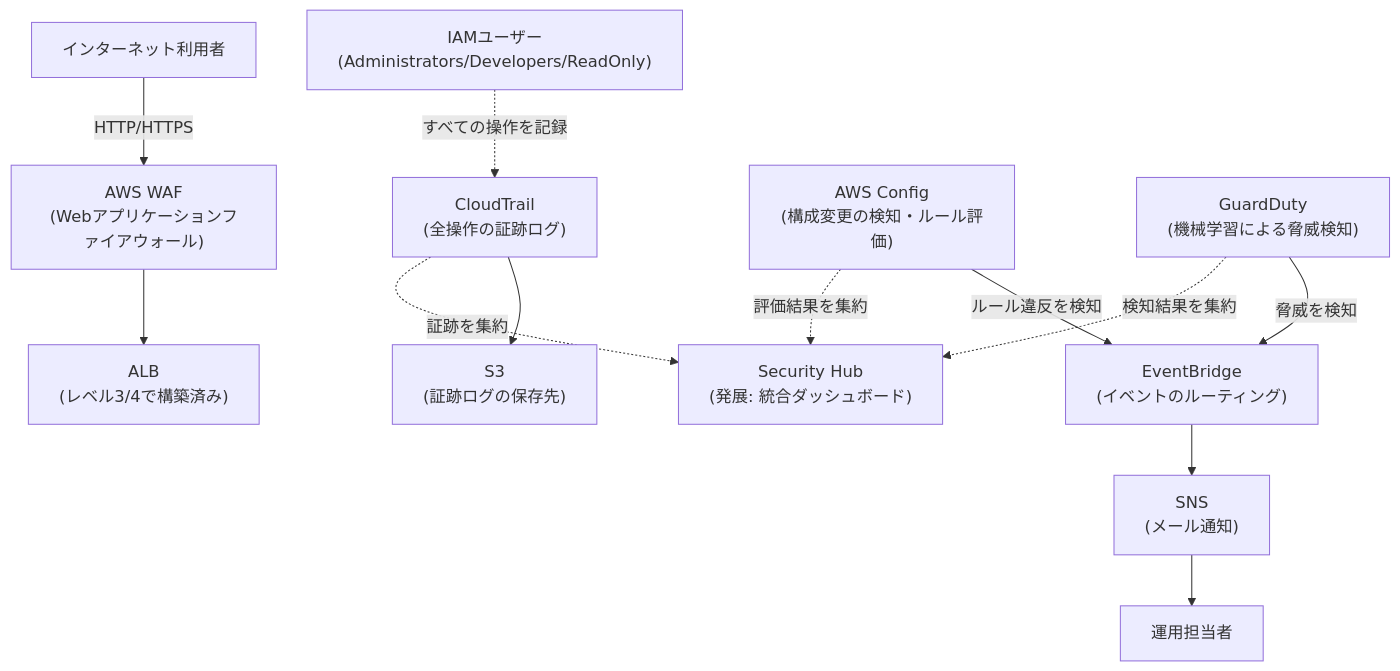
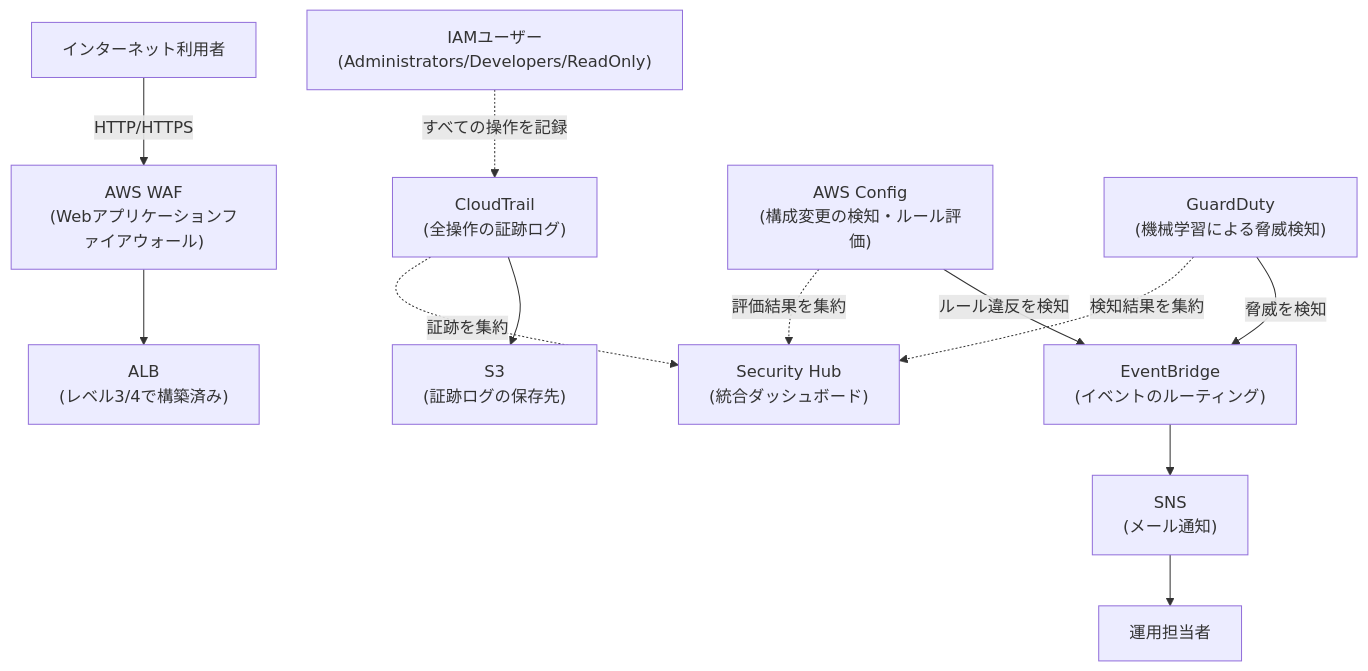
The diagram in projects/05-security-monitoring/README.md (ns7jp/aws), drawn with Mermaid before and after one commit. The commit also changed other lines of this file and 2 other files, not shown here.

First line of the commit message:
レベル5の発展課題「Security Hubの導入」を実装

````diff
--- a/projects/05-security-monitoring/README.md
+++ b/projects/05-security-monitoring/README.md
@@ -18,30 +18,30 @@
 ```mermaid
 flowchart TD
     User["インターネット利用者"]
     WAF["AWS WAF<br/>(Webアプリケーションファイアウォール)"]
     ALB["ALB<br/>(レベル3/4で構築済み)"]
 
     IAMUsers["IAMユーザー<br/>(Administrators/Developers/ReadOnly)"]
 
     CT["CloudTrail<br/>(全操作の証跡ログ)"]
     S3Log["S3<br/>(証跡ログの保存先)"]
 
     ConfigSvc["AWS Config<br/>(構成変更の検知・ルール評価)"]
     GD["GuardDuty<br/>(機械学習による脅威検知)"]
     EB["EventBridge<br/>(イベントのルーティング)"]
     SNS["SNS<br/>(メール通知)"]
     Ops["運用担当者"]
-    SH["Security Hub<br/>(発展: 統合ダッシュボード)"]
+    SH["Security Hub<br/>(統合ダッシュボード)"]
 
     User -->|HTTP/HTTPS| WAF --> ALB
 
     IAMUsers -.->|すべての操作を記録| CT --> S3Log
 
     ConfigSvc -->|ルール違反を検知| EB
     GD -->|脅威を検知| EB
     EB --> SNS --> Ops
 
     ConfigSvc -.->|評価結果を集約| SH
     GD -.->|検知結果を集約| SH
     CT -.->|証跡を集約| SH
 ```
````
